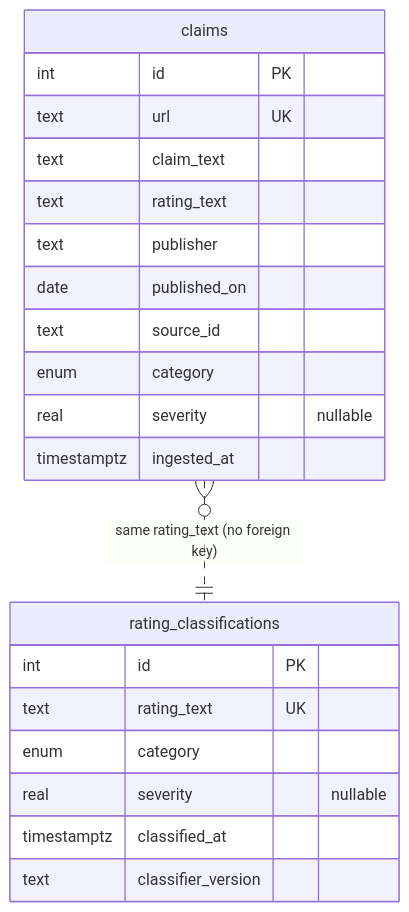
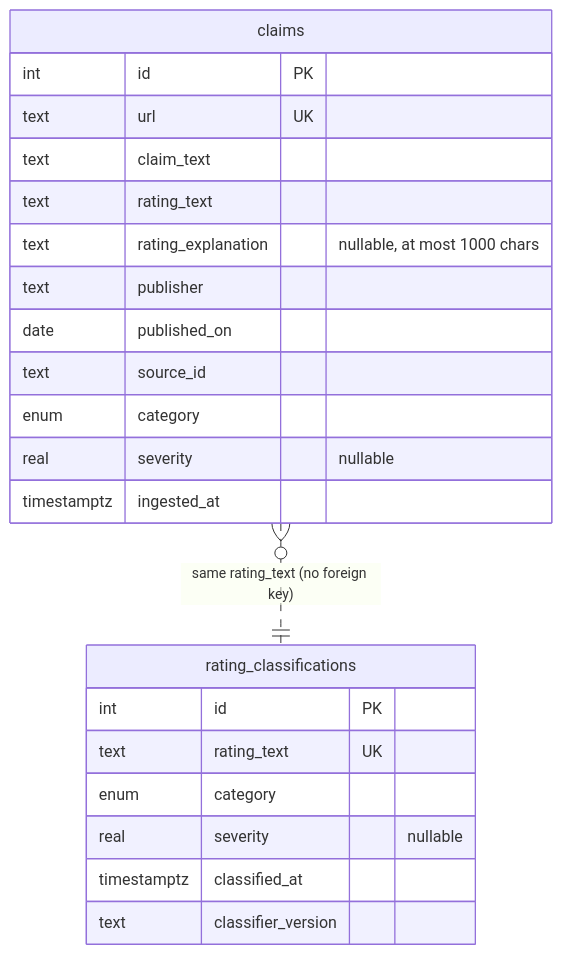
The second of 2 diagrams in docs/architecture.md (mathiasVoelcker/fact-check-feed), drawn with Mermaid before and after one commit. The commit also changed other lines of this file and 21 other files, not shown here.

Commit message:
add rating_explanation

````diff
--- a/docs/architecture.md
+++ b/docs/architecture.md
@@ -72,26 +72,27 @@
 ```mermaid
 erDiagram
   claims }o..|| rating_classifications : "same rating_text (no foreign key)"
 
   claims {
     int id PK
     text url UK
     text claim_text
     text rating_text
+    text rating_explanation "nullable, at most 1000 chars"
     text publisher
     date published_on
     text source_id
     enum category
     real severity "nullable"
     timestamptz ingested_at
   }
 
   rating_classifications {
     int id PK
     text rating_text UK
     enum category
     real severity "nullable"
     timestamptz classified_at
     text classifier_version
   }
 ```
````
